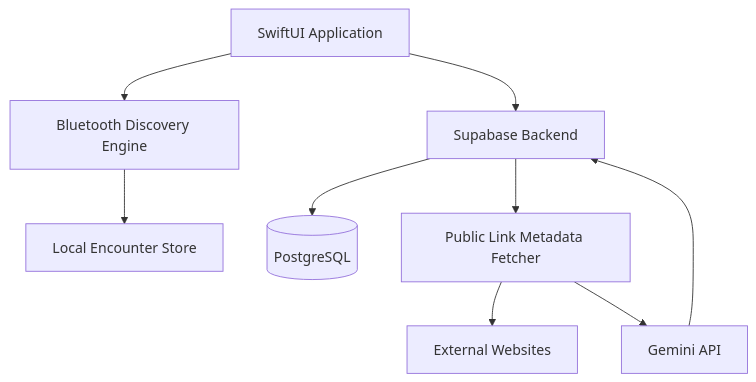
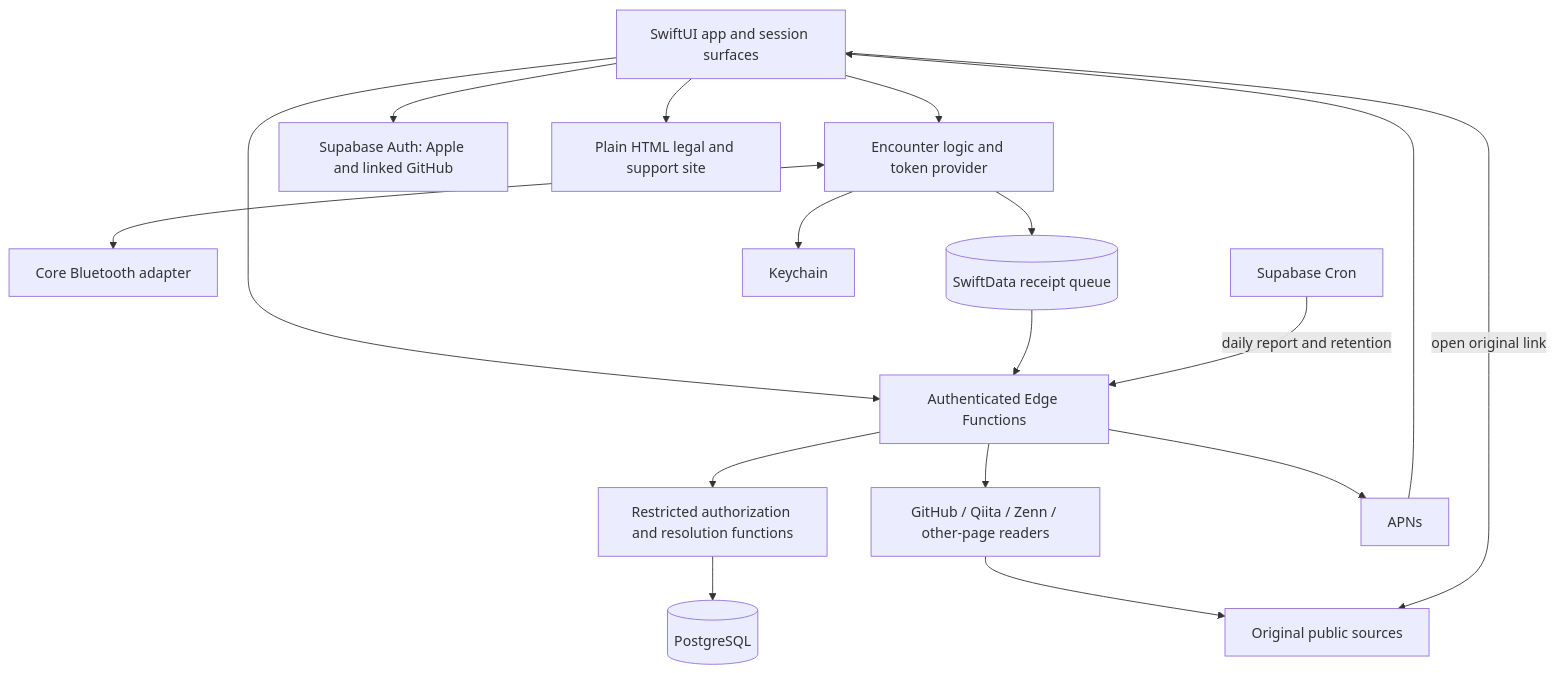
Before and after one commit to miyabi206/engineer-encounters: the first of 2 diagrams in docs/design.md, drawn with Mermaid. The commit also changed other lines of this file, not shown here.

````diff
--- a/docs/design.md
+++ b/docs/design.md
@@ -39,20 +115,34 @@
 ```mermaid
 flowchart TD
-    UI[SwiftUI Application]
-    BLE[Bluetooth Discovery Engine]
-    LOCAL[Local Encounter Store]
-    API[Supabase Backend]
+    UI[SwiftUI app and session surfaces]
+    BLE[Core Bluetooth adapter]
+    LOGIC[Encounter logic and token provider]
+    LOCAL[(SwiftData receipt queue)]
+    KEYS[Keychain]
+    AUTH[Supabase Auth: Apple and linked GitHub]
+    API[Authenticated Edge Functions]
+    SQL[Restricted authorization and resolution functions]
     DB[(PostgreSQL)]
-    FETCH[Public Link Metadata Fetcher]
-    AI[Gemini API]
-    WEB[External Websites]
+    READERS[GitHub / Qiita / Zenn / other-page readers]
+    SOURCES[Original public sources]
+    CRON[Supabase Cron]
+    APNS[APNs]
+    WEB[Plain HTML legal and support site]
 
-    UI --> BLE
-    BLE --> LOCAL
+    UI --> LOGIC
+    LOGIC <--> BLE
+    LOGIC --> LOCAL
+    LOGIC --> KEYS
+    UI --> AUTH
     UI --> API
-    API --> DB
-    API --> FETCH
-    FETCH --> WEB
-    FETCH --> AI
-    AI --> API
+    LOCAL --> API
+    API --> SQL
+    SQL --> DB
+    API --> READERS
+    READERS --> SOURCES
+    UI -->|open original link| SOURCES
+    CRON -->|daily report and retention| API
+    API --> APNS
+    APNS --> UI
+    UI --> WEB
 ```
````
